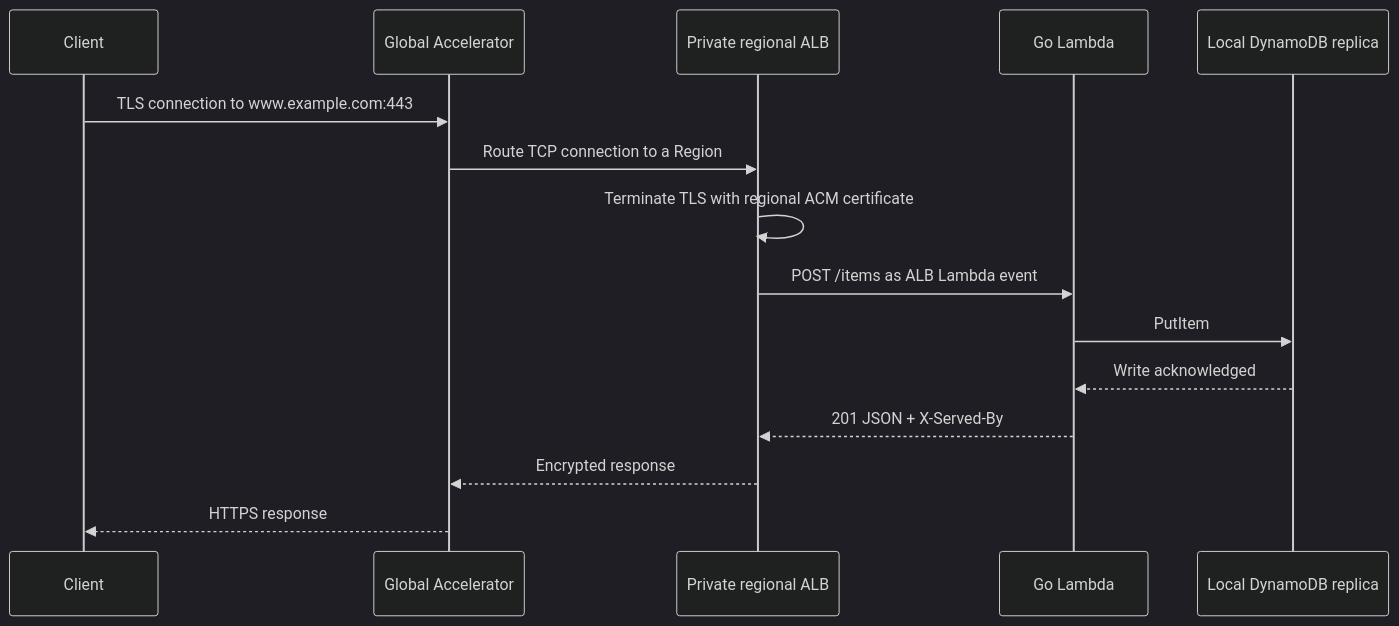
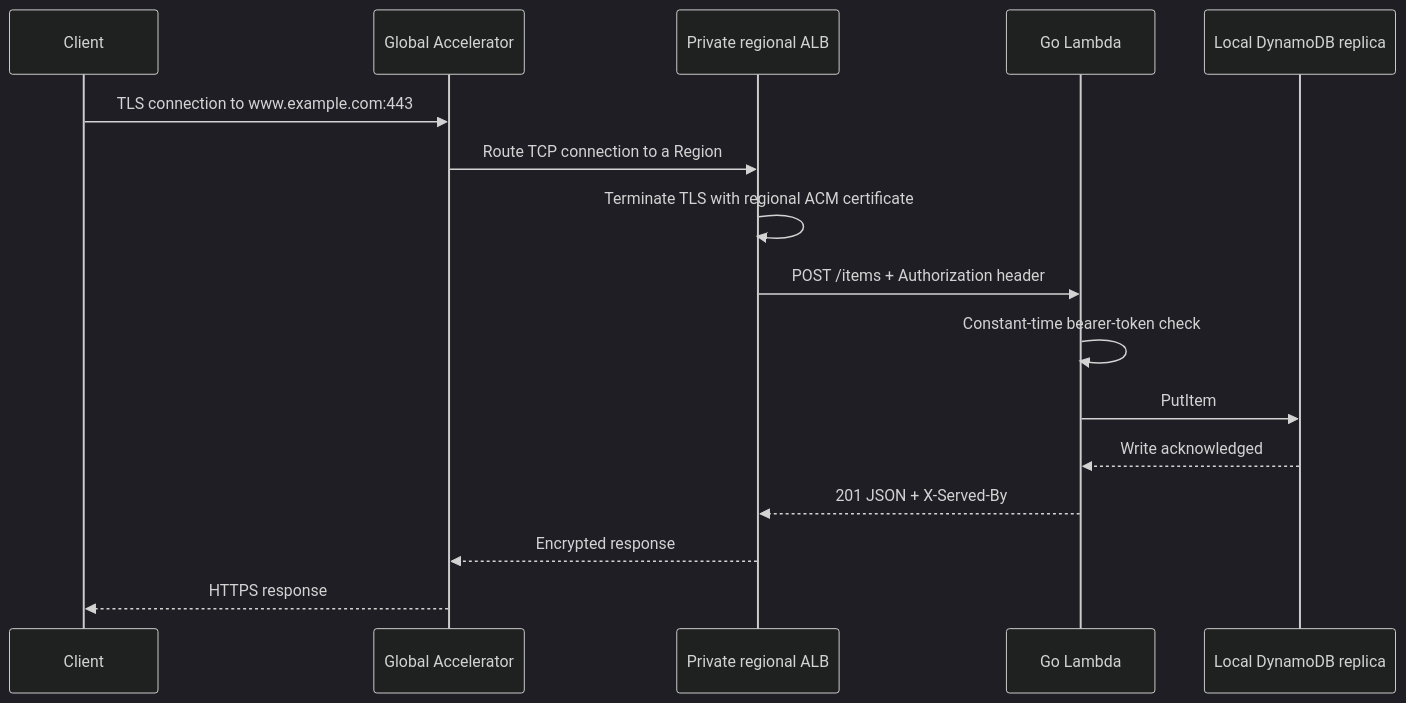
The second of 3 diagrams in architecture.md (johnpfeiffer/multiregion), drawn with Mermaid (dark theme) before and after one commit. The commit also changed other lines of this file and 7 other files, not shown here.

Commit message:
use a static token at the lambda for Auth

````diff
--- a/architecture.md
+++ b/architecture.md
@@ -32,18 +34,19 @@
 ```mermaid
 sequenceDiagram
     participant C as Client
     participant G as Global Accelerator
     participant A as Private regional ALB
     participant L as Go Lambda
     participant D as Local DynamoDB replica
 
     C->>G: TLS connection to www.example.com:443
     G->>A: Route TCP connection to a Region
     A->>A: Terminate TLS with regional ACM certificate
-    A->>L: POST /items as ALB Lambda event
+    A->>L: POST /items + Authorization header
+    L->>L: Constant-time bearer-token check
     L->>D: PutItem
     D-->>L: Write acknowledged
     L-->>A: 201 JSON + X-Served-By
     A-->>G: Encrypted response
     G-->>C: HTTPS response
 ```
````
